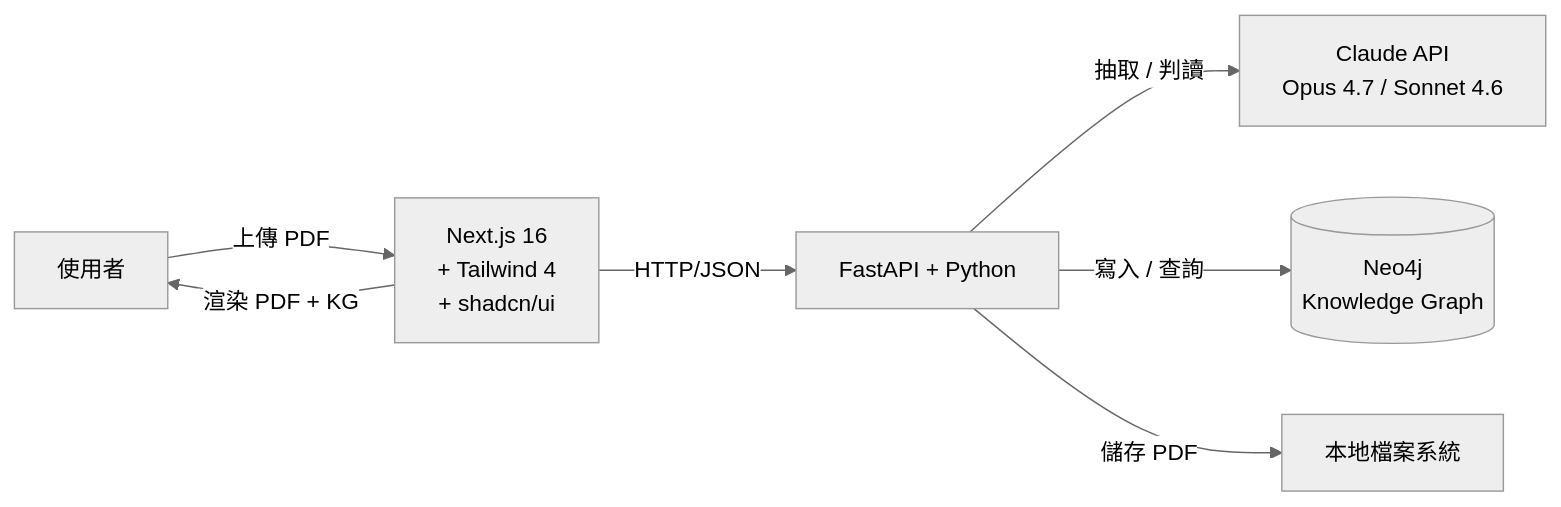
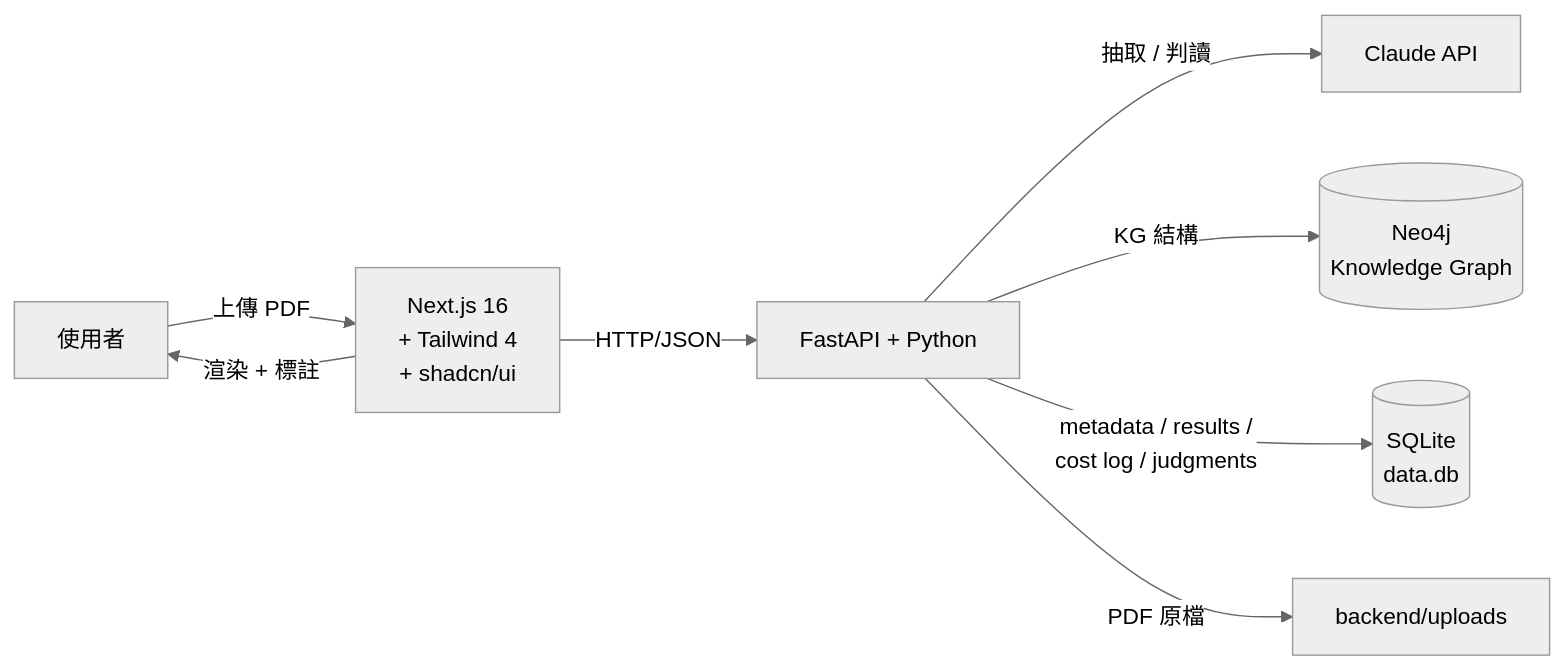
The first of 6 diagrams in docs/SYSTEM.md (Thomas85198/thesis_llm), drawn with Mermaid (neutral theme) before and after one commit. The commit also changed other lines of this file and 1 other file, not shown here.

First line of the commit message:
Update SYSTEM.md and README to reflect SQLite + judgments + REL-09

````diff
--- a/docs/SYSTEM.md
+++ b/docs/SYSTEM.md
@@ -53,9 +55,10 @@
 ```mermaid
 flowchart LR
     User[使用者] -->|上傳 PDF| Frontend
     Frontend[Next.js 16<br/>+ Tailwind 4<br/>+ shadcn/ui] -->|HTTP/JSON| Backend
-    Backend[FastAPI + Python] -->|抽取 / 判讀| Claude[Claude API<br/>Opus 4.7 / Sonnet 4.6]
-    Backend -->|寫入 / 查詢| Neo4j[(Neo4j<br/>Knowledge Graph)]
-    Backend -->|儲存 PDF| Disk[本地檔案系統]
-    Frontend -->|渲染 PDF + KG| User
+    Backend[FastAPI + Python] -->|抽取 / 判讀| Claude[Claude API]
+    Backend -->|KG 結構| Neo4j[(Neo4j<br/>Knowledge Graph)]
+    Backend -->|metadata / results /<br/>cost log / judgments| SQLite[(SQLite<br/>data.db)]
+    Backend -->|PDF 原檔| Disk[backend/uploads]
+    Frontend -->|渲染 + 標註| User
 ```
````
